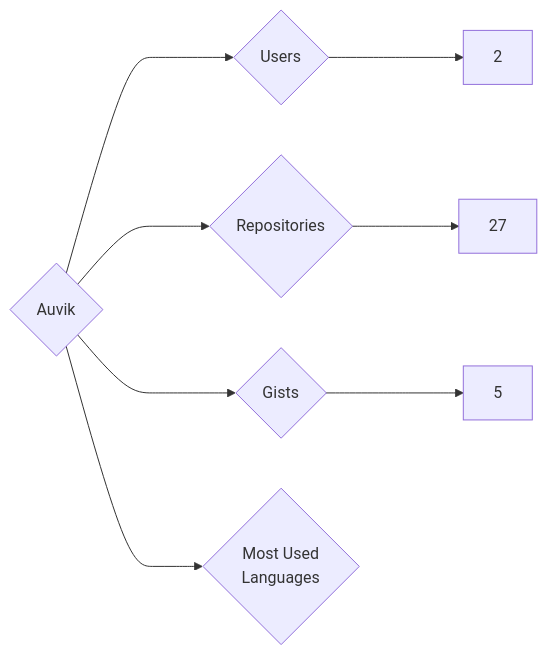
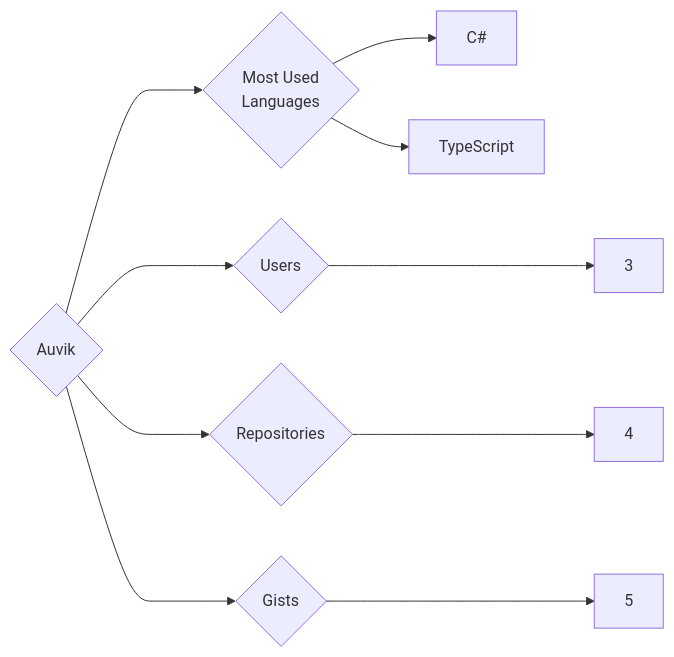
The diagram in targets/Auvik/README.md (trickest/insiders), drawn with Mermaid before and after one commit. The commit also changed 840 other files, not shown here.

````diff
--- a/targets/Auvik/README.md
+++ b/targets/Auvik/README.md
@@ -3,8 +3,10 @@
 ```mermaid
 graph LR
 COMPANY_NAME{Auvik}
-COMPANY_NAME ---> U{Users} ---> UN[2]
-COMPANY_NAME ---> R{Repositories} ---> RN[27]
+COMPANY_NAME ---> U{Users} ---> UN[3]
+COMPANY_NAME ---> R{Repositories} ---> RN[4]
 COMPANY_NAME ---> G{Gists} ---> GN[5]
 COMPANY_NAME ---> ML{Most Used<br>Languages}
+ML --> C#[C#]
+ML --> TypeScript[TypeScript]
 ```
````
